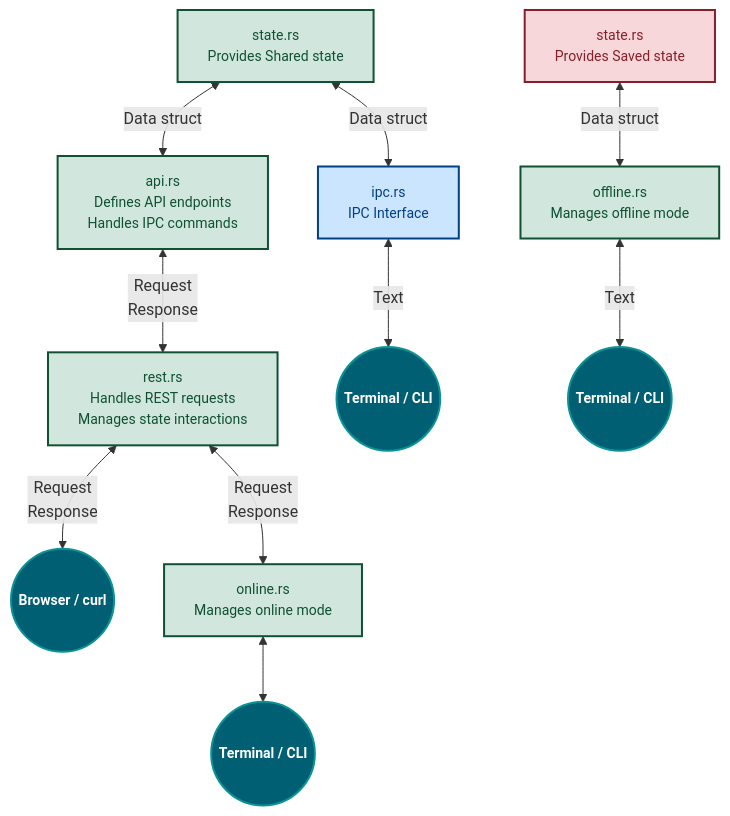
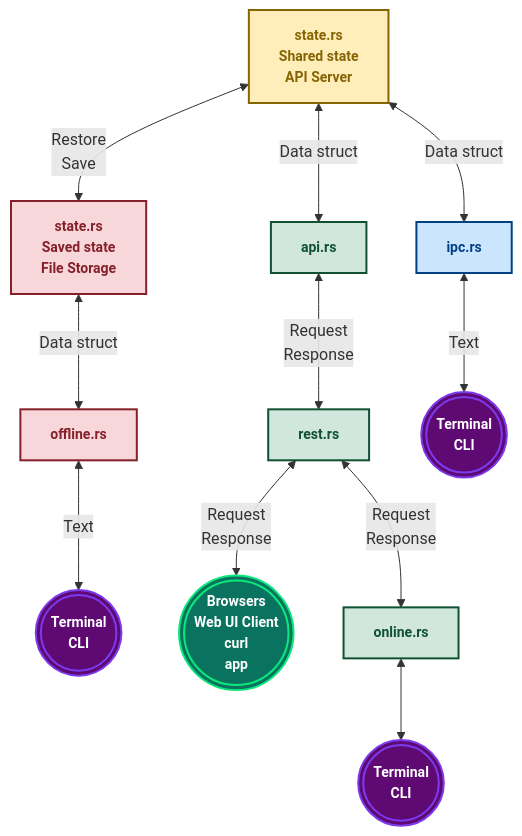
One commit to flengure/xtrade changed the diagram in src/bot/api/README.md. Above: the diagram before and after it, drawn with Mermaid.

Commit message:
test readme9

````diff
--- a/src/bot/api/README.md
+++ b/src/bot/api/README.md
@@ -3,36 +3,36 @@
 ```mermaid
 flowchart TD
 
-    A1[state.rs<br>Provides Shared state]:::online
-    A2[state.rs<br>Provides Saved state]:::offline
+    S1[state.rs<br>Shared state<br>API Server]:::core
+    S2[state.rs<br>Saved state<br>File Storage]:::offline
 
-    B1[api.rs<br>Defines API endpoints<br>Handles IPC commands]:::online
-    C1[rest.rs<br>Handles REST requests<br>Manages state interactions]:::online
+    A1[api.rs]:::online
+    R1[rest.rs]:::online
 
-    D1[online.rs<br>Manages online mode]:::online
-    D2[offline.rs<br>Manages offline mode]:::online
-    F1((Terminal / CLI)):::ui
-    F2((Terminal / CLI)):::ui
-    F3((Terminal / CLI)):::ui
-    G((Browser / curl)):::ui
-    I1[ipc.rs<br>IPC Interface]:::ipc
+    ON[online.rs]:::online
+    OF[offline.rs]:::offline
+    F1(((Terminal<br>CLI))):::terminal
+    F2(((Terminal<br>CLI))):::terminal
+    F3(((Terminal<br>CLI))):::terminal
+    G(((Browsers<br>Web UI Client<br>curl<br>app))):::browser
+    I1[ipc.rs]:::ipc
 
+	S1 <-- Restore<br>Save --> S2
+    S1 <-- Data struct --> A1
+    S1 <-- Data struct --> I1
+    S2 <-- Data struct --> OF
+    OF <-- Text --> F2
 
+    A1 <-- Request\nResponse --> R1
+    R1 <-- Request\nResponse --> G
+    R1 <-- Request\nResponse --> ON
+    I1 <-- Text --> F3
+    ON <--> F1
 
-    A1 <-- Data struct --> B1
-    A1 <-- Data struct --> I1
-    A2 <-- Data struct --> D2
-    D2 <-- Text --> F2
-
-    B1 <-- Request\nResponse --> C1
-    C1 <-- Request\nResponse --> G
-    C1 <-- Request\nResponse --> D1
-    I1 <-- Text --> F3
-    D1 <--> F1
-
-    classDef ui fill:#005f73,stroke:#0a9396,stroke-width:2px,font-size:14px,color:#ffffff,font-weight:bold;
-    classDef online fill:#d1e7dd,stroke:#0f5132,stroke-width:2px,font-size:14px,color:#0f5132;
-    classDef offline fill:#f8d7da,stroke:#842029,stroke-width:2px,font-size:14px,color:#842029;
-    classDef ipc fill:#cce5ff,stroke:#004085,stroke-width:2px,font-size:14px,color:#004085;
-    classDef central fill:#ffeeba,stroke:#856404,stroke-width:2px,font-size:14px,color:#856404,font-weight:bold;
+    classDef core fill:#ffeeba,stroke:#856404,stroke-width:2px,font-size:14px,color:#856404,font-weight:bold;
+    classDef online fill:#d1e7dd,stroke:#0f5132,stroke-width:2px,font-size:14px,color:#0f5132,font-weight:bold;
+    classDef offline fill:#f8d7da,stroke:#842029,stroke-width:2px,font-size:14px,color:#842029,font-weight:bold;
+    classDef ipc fill:#cce5ff,stroke:#004085,stroke-width:2px,font-size:14px,color:#004085,font-weight:bold;
+    classDef browser fill:#0a735f,stroke:#0ae87c,stroke-width:2px,font-size:14px,color:#ffffff,font-weight:bold;
+    classDef terminal fill:#5f0a73,stroke:#7c3aed,stroke-width:2px,font-size:14px,color:#ffffff,font-weight:bold;
 ```
````
